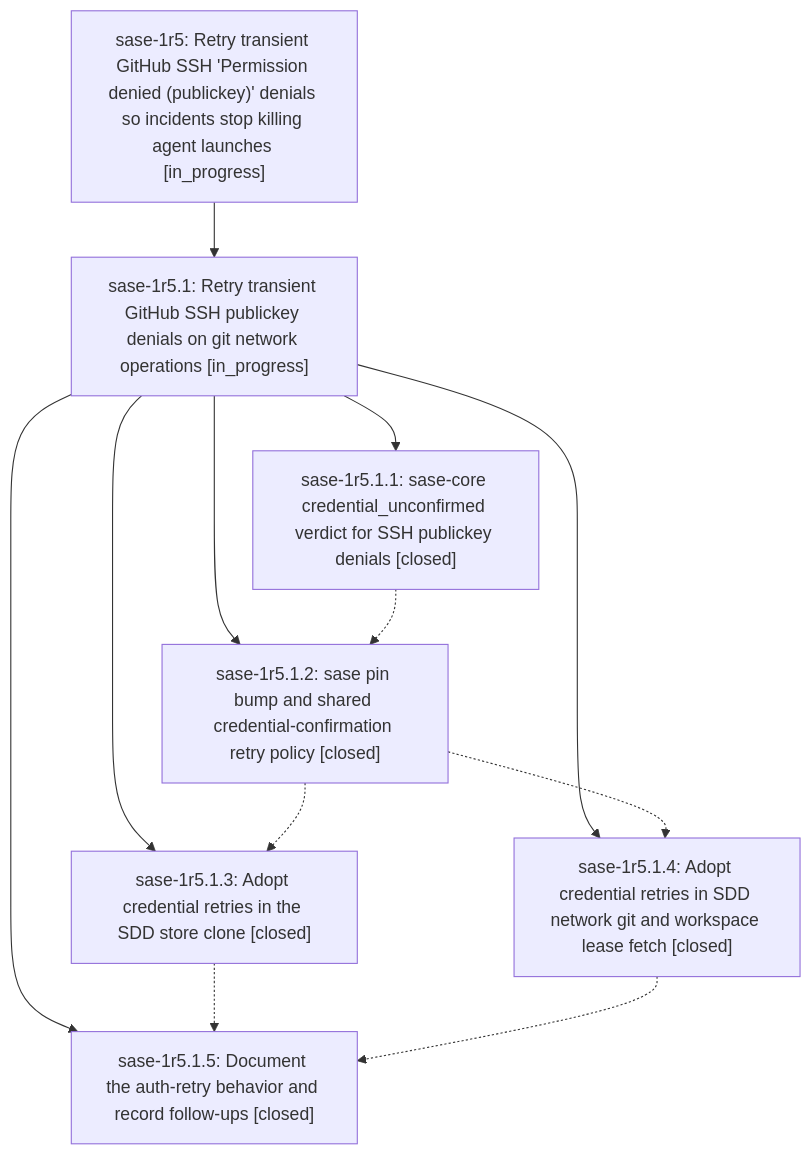
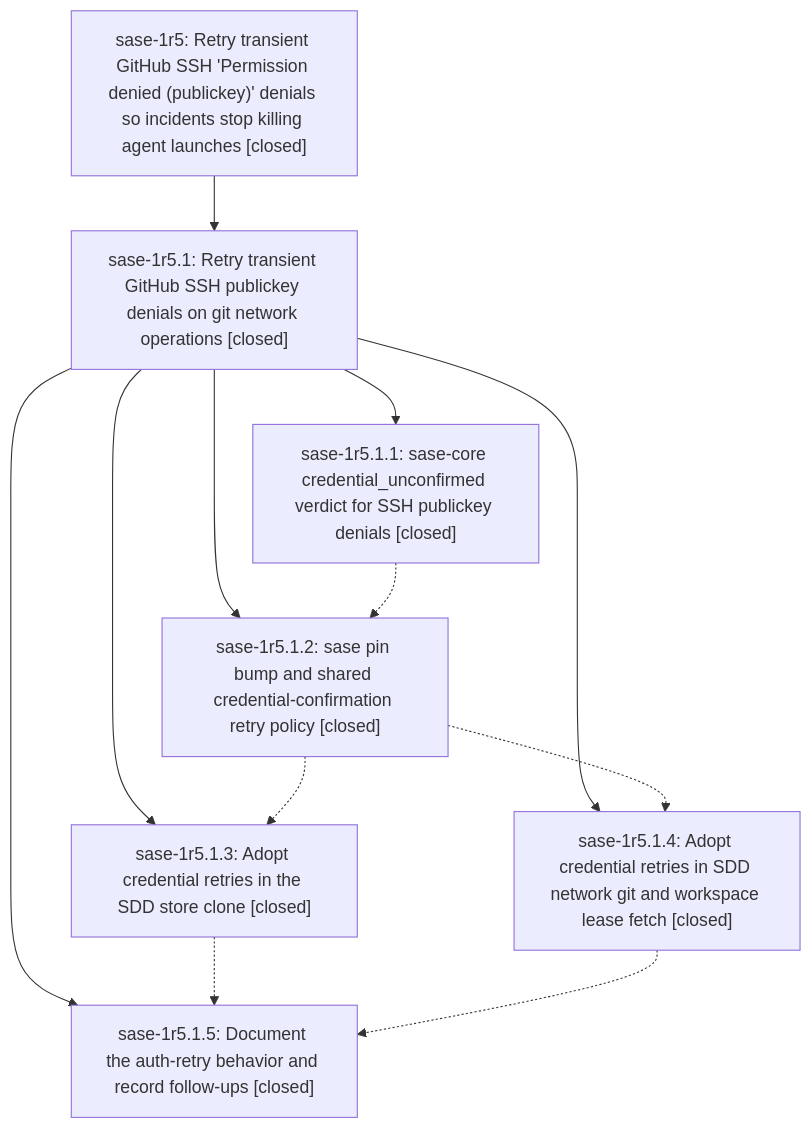
One commit to sase-org/sase--beads changed the diagram in pages/sase-1r5/README.md. Above: the diagram before and after it, drawn with Mermaid. The commit also changed other lines of this file and 3 other files, not shown here.

````diff
--- a/pages/sase-1r5/README.md
+++ b/pages/sase-1r5/README.md
@@ -105,21 +107,21 @@
 ```mermaid
 flowchart TD
-    n0["sase-1r5: Retry transient GitHub SSH 'Permission denied (publickey)' denials so incidents stop killing agent launches [in_progress]"]
-    n1["sase-1r5.1: Retry transient GitHub SSH publickey denials on git network operations [in_progress]"]
+    n0["sase-1r5: Retry transient GitHub SSH 'Permission denied (publickey)' denials so incidents stop killing agent launches [closed]"]
+    n1["sase-1r5.1: Retry transient GitHub SSH publickey denials on git network operations [closed]"]
     n2["sase-1r5.1.1: sase-core credential_unconfirmed verdict for SSH publickey denials [closed]"]
     n3["sase-1r5.1.2: sase pin bump and shared credential-confirmation retry policy [closed]"]
     n4["sase-1r5.1.3: Adopt credential retries in the SDD store clone [closed]"]
     n5["sase-1r5.1.4: Adopt credential retries in SDD network git and workspace lease fetch [closed]"]
     n6["sase-1r5.1.5: Document the auth-retry behavior and record follow-ups [closed]"]
     n0 --> n1
     n1 --> n2
     n1 --> n3
     n1 --> n4
     n1 --> n5
     n1 --> n6
     n2 -.-> n3
     n3 -.-> n4
     n3 -.-> n5
     n4 -.-> n6
     n5 -.-> n6
 ```
````
